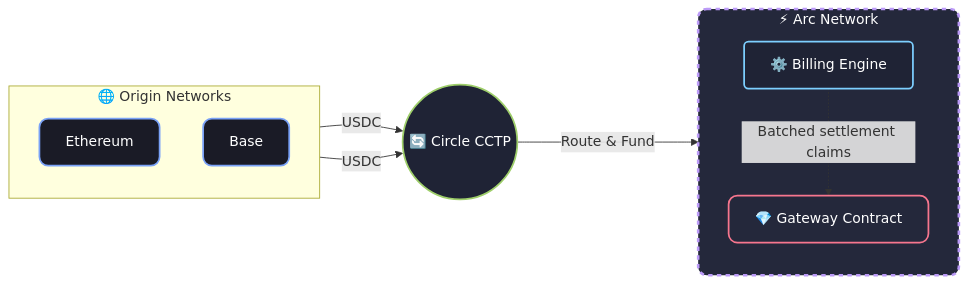
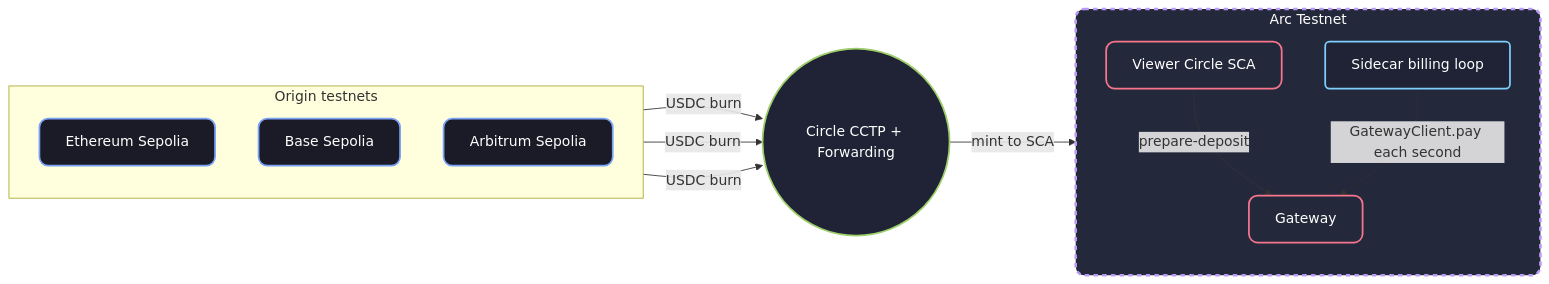
Before and after one commit to JaDi03/-Arc-Cashier: the diagram in docs/ARCHITECTURE.md, drawn with Mermaid. The commit also changed other lines of this file and 38 other files, not shown here.

````diff
--- a/docs/ARCHITECTURE.md
+++ b/docs/ARCHITECTURE.md
@@ -11,30 +7,33 @@
 ```mermaid
 flowchart LR
-    %% Custom Premium Styling
     classDef origin fill:#1A1B26,stroke:#7AA2F7,stroke-width:2px,color:#FFFFFF,rx:10,ry:10
     classDef cctp fill:#1F2335,stroke:#9ECE6A,stroke-width:2px,color:#FFFFFF,rx:10,ry:10
     classDef arc fill:#24283B,stroke:#BB9AF7,stroke-width:3px,color:#FFFFFF,rx:10,ry:10,stroke-dasharray: 5 5
     classDef blockchain fill:#24283B,stroke:#F7768E,stroke-width:2px,color:#FFFFFF,rx:10,ry:10
     classDef engine fill:#1F2335,stroke:#7DCFFF,stroke-width:2px,color:#FFFFFF,rx:5,ry:5
 
-    subgraph Origins ["🌐 Origin Networks"]
+    subgraph Origins ["Origin testnets"]
         direction TB
-        ETH["Ethereum"]:::origin
-        BAS["Base"]:::origin
+        ETH["Ethereum Sepolia"]:::origin
+        BAS["Base Sepolia"]:::origin
+        ARB["Arbitrum Sepolia"]:::origin
     end
 
-    CCTP(("🔄 Circle CCTP")):::cctp
-    
-    subgraph ArcNet ["⚡ Arc Network"]
+    CCTP(("Circle CCTP + Forwarding")):::cctp
+
+    subgraph ArcNet ["Arc Testnet"]
         direction TB
-        Gateway["💎 Gateway Contract"]:::blockchain
-        Engine["⚙️ Billing Engine"]:::engine
+        SCA["Viewer Circle SCA"]:::blockchain
+        Gateway["Gateway"]:::blockchain
+        Engine["Sidecar billing loop"]:::engine
     end
     class ArcNet arc
 
-    ETH -->|"USDC"| CCTP
-    BAS -->|"USDC"| CCTP
-    
-    CCTP --->|"Route & Fund"| Gateway
-    Engine -.->|"Batched settlement claims"| Gateway
+    ETH -->|"USDC burn"| CCTP
+    BAS -->|"USDC burn"| CCTP
+    ARB -->|"USDC burn"| CCTP
+
+    CCTP -->|"mint to SCA"| SCA
+    SCA -->|"prepare-deposit"| Gateway
+    Engine -.->|"GatewayClient.pay each second"| Gateway
 ```
````
